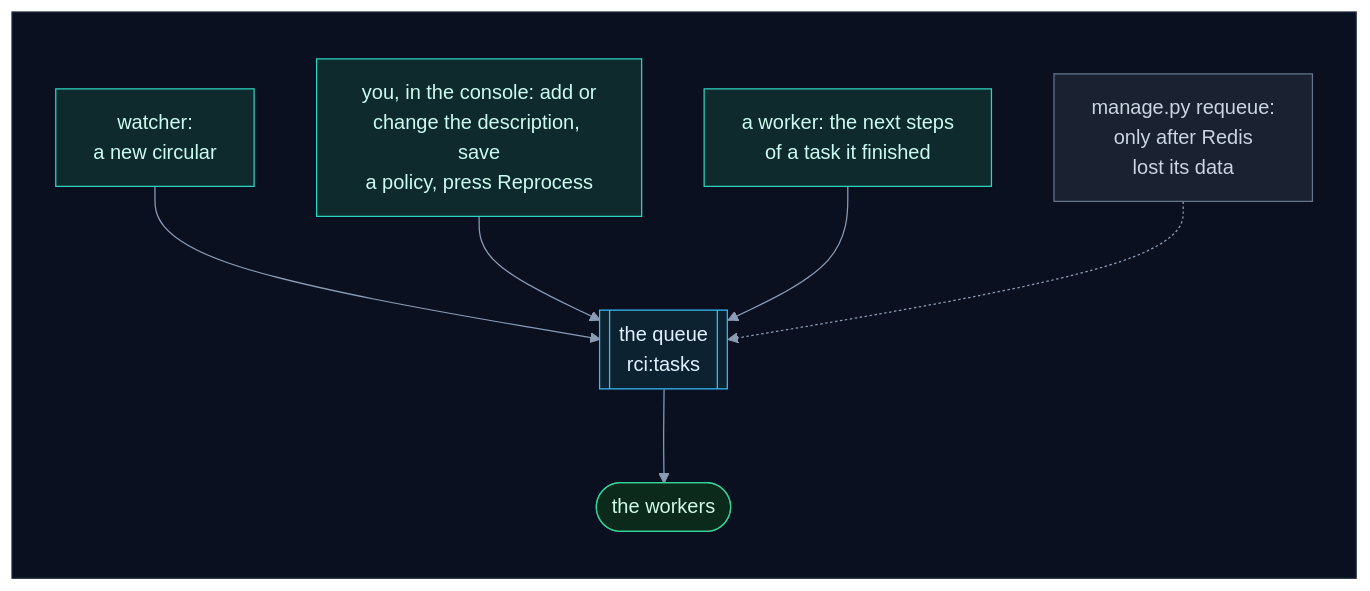
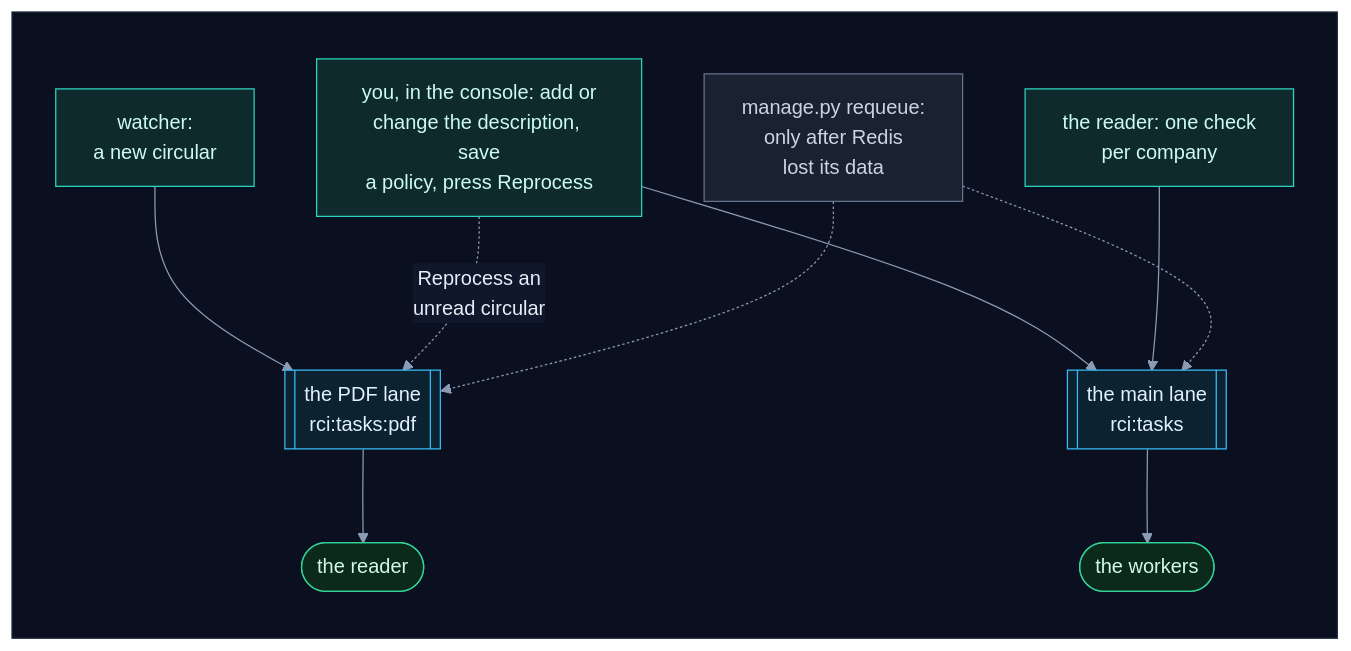
Diagram 37 of 56 in how_it_works.md (selvakumarperumal/Regulatory_Circular_Impact_Agent), drawn with Mermaid before and after one commit. The commit also changed other lines of this file and 7 other files, not shown here.

Commit message:
Document the PDF lane and the main lane

````diff
--- a/how_it_works.md
+++ b/how_it_works.md
@@ -1858,27 +1881,30 @@
 ```mermaid
 %%{init: {"theme": "base", "flowchart": {"diagramPadding": 0}, "themeVariables": {"darkMode": true, "primaryColor": "#16213a", "primaryTextColor": "#e6edf7", "primaryBorderColor": "#475a7a", "lineColor": "#8b9bb4", "secondaryColor": "#1b2436", "tertiaryColor": "#101a2e", "edgeLabelBackground": "#0f172a", "textColor": "#e2e8f0", "clusterBkg": "#0f1728", "clusterBorder": "#2b3a55", "titleColor": "#c4b5fd", "nodeTextColor": "#e6edf7"}}}%%
 flowchart TD
     subgraph canvas[" "]
         direction TB
-        w["watcher:<br/>a new circular"] --> q[["the queue<br/>rci:tasks"]]
-        a["you, in the console: add or<br/>change the description, save<br/>a policy, press Reprocess"] --> q
-        k["a worker: the next steps<br/>of a task it finished"] --> q
+        w["watcher:<br/>a new circular"] --> p[["the PDF lane<br/>rci:tasks:pdf"]]
+        a["you, in the console: add or<br/>change the description, save<br/>a policy, press Reprocess"] --> q[["the main lane<br/>rci:tasks"]]
+        a -.->|"Reprocess an<br/>unread circular"| p
+        k["the reader: one check<br/>per company"] --> q
         m["manage.py requeue:<br/>only after Redis<br/>lost its data"] -.-> q
+        m -.-> p
+        p --> y(["the reader"])
         q --> x(["the workers"])
     end
     classDef svc fill:#0e2a2c,stroke:#2dd4bf,color:#ccfbf1
     classDef data fill:#1c1a47,stroke:#818cf8,color:#e0e7ff
     classDef ext fill:#2a1640,stroke:#c084fc,color:#f3e8ff
     classDef gpu fill:#2d1b0c,stroke:#fb923c,color:#ffedd5
     classDef ask fill:#2a2410,stroke:#fbbf24,color:#fef3c7
     classDef ok fill:#0b2a1c,stroke:#34d399,color:#d1fae5
     classDef bad fill:#2e0f17,stroke:#fb7185,color:#ffe4e6
     classDef start fill:#1c2a0e,stroke:#a7ef6f,color:#ecfccb
     classDef muted fill:#1a2130,stroke:#64748b,color:#cbd5e1
     classDef queue fill:#0c2231,stroke:#38bdf8,color:#e0f2fe
     class w,a,k svc
     class m muted
-    class q queue
-    class x ok
+    class p,q queue
+    class x,y ok
     style canvas fill:#0b1020,stroke:#1e293b,color:#0b1020
 ```
````
